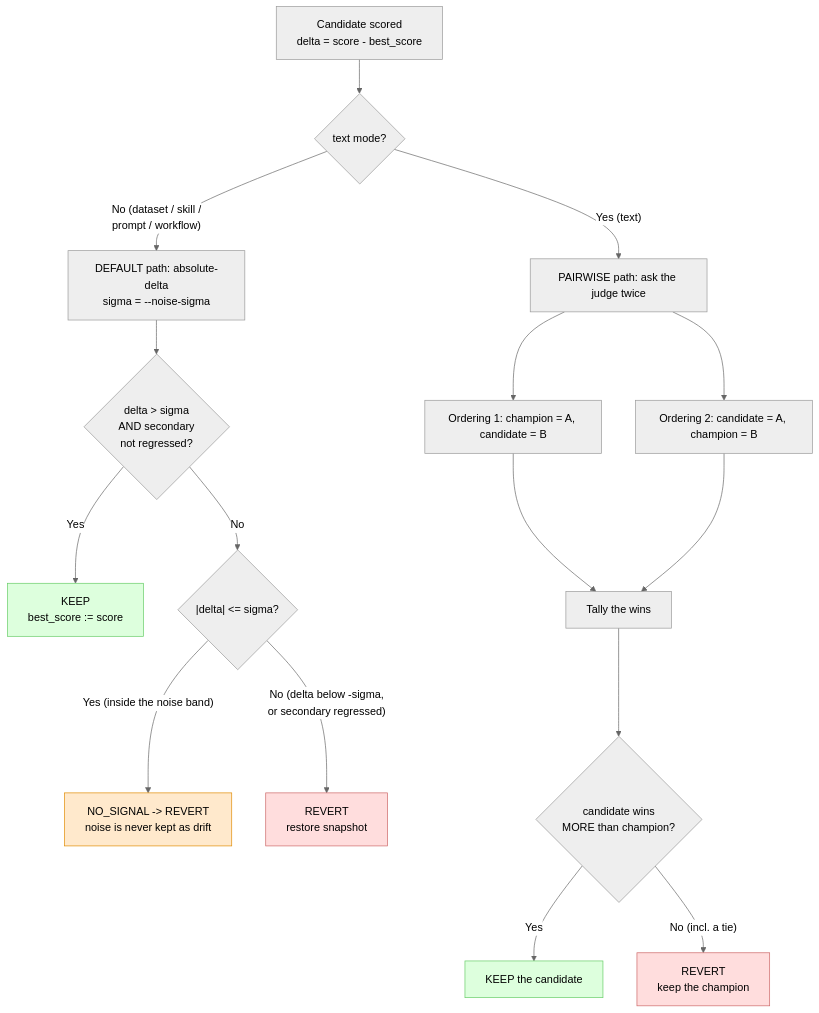
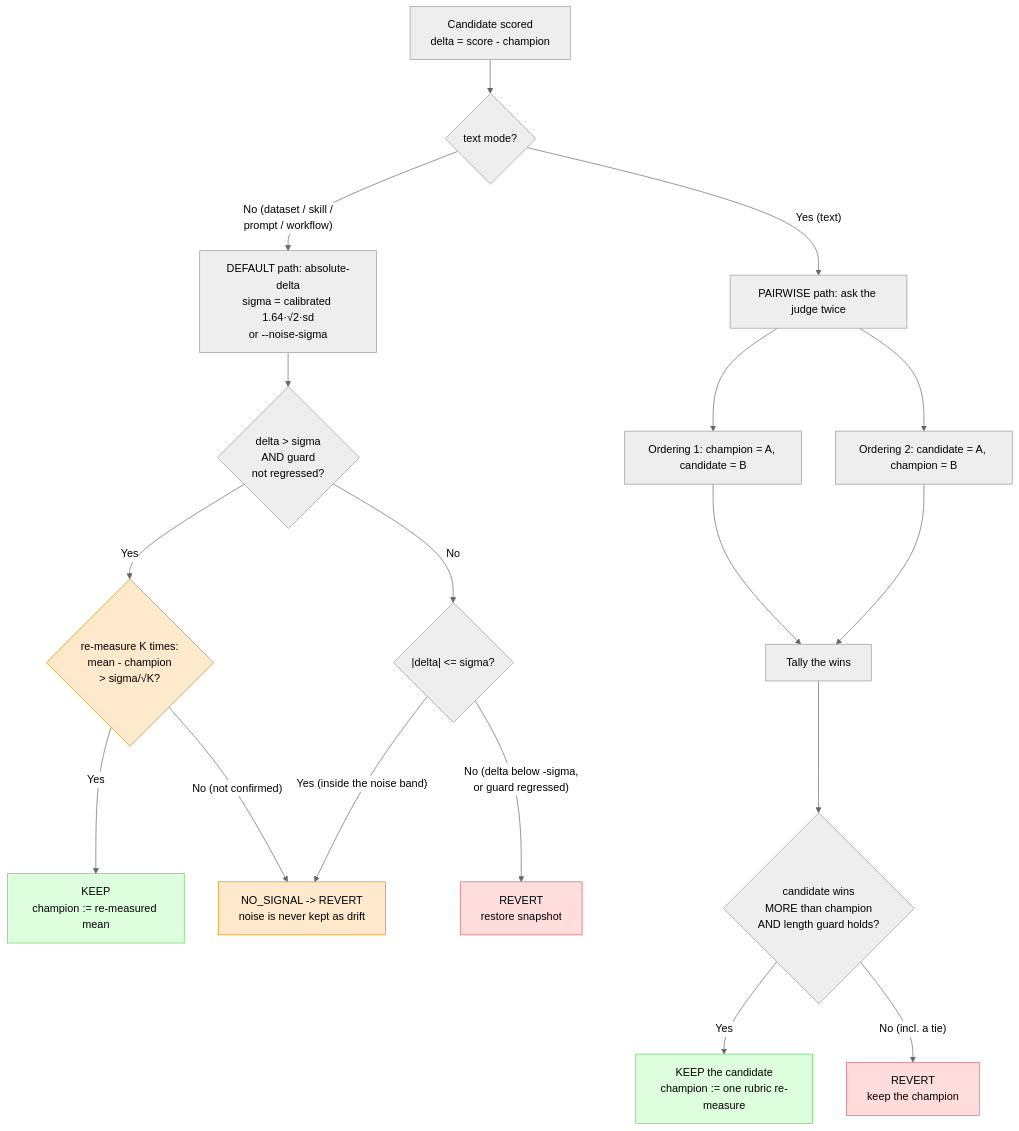
Before and after one commit to MatrixFounder/Universal-skills: the eighth of 12 diagrams in docs/Manuals/skill-auto-improve_manual.md, drawn with Mermaid (neutral theme). The commit also changed other lines of this file and 33 other files, not shown here.

````diff
--- a/docs/Manuals/skill-auto-improve_manual.md
+++ b/docs/Manuals/skill-auto-improve_manual.md
@@ -927,28 +1100,30 @@
 ```mermaid
 %% After the candidate is scored, ONE of these two paths decides its fate.
 flowchart TD
-    START["Candidate scored<br/>delta = score - best_score"] --> MODE{"text mode?"}
+    START["Candidate scored<br/>delta = score - champion"] --> MODE{"text mode?"}
 
-    MODE -- "No (dataset / skill /<br/>prompt / workflow)" --> ABS["DEFAULT path: absolute-delta<br/>sigma = --noise-sigma"]
-    ABS --> D1{"delta > sigma<br/>AND secondary<br/>not regressed?"}
-    D1 -- Yes --> KEEP1["KEEP<br/>best_score := score"]
+    MODE -- "No (dataset / skill /<br/>prompt / workflow)" --> ABS["DEFAULT path: absolute-delta<br/>sigma = calibrated 1.64·√2·sd<br/>or --noise-sigma"]
+    ABS --> D1{"delta > sigma<br/>AND guard<br/>not regressed?"}
+    D1 -- Yes --> RM{"re-measure K times:<br/>mean - champion<br/>> sigma/√K?"}
+    RM -- Yes --> KEEP1["KEEP<br/>champion := re-measured mean"]
+    RM -- "No (not confirmed)" --> NS
     D1 -- No --> D2{"|delta| <= sigma?"}
     D2 -- "Yes (inside the noise band)" --> NS["NO_SIGNAL -> REVERT<br/>noise is never kept as drift"]
-    D2 -- "No (delta below -sigma,<br/>or secondary regressed)" --> REV1["REVERT<br/>restore snapshot"]
+    D2 -- "No (delta below -sigma,<br/>or guard regressed)" --> REV1["REVERT<br/>restore snapshot"]
 
     MODE -- "Yes (text)" --> PW["PAIRWISE path: ask the judge twice"]
     PW --> O1["Ordering 1: champion = A, candidate = B"]
     PW --> O2["Ordering 2: candidate = A, champion = B"]
     O1 --> TALLY["Tally the wins"]
     O2 --> TALLY
-    TALLY --> D3{"candidate wins<br/>MORE than champion?"}
-    D3 -- Yes --> KEEP2["KEEP the candidate"]
+    TALLY --> D3{"candidate wins<br/>MORE than champion<br/>AND length guard holds?"}
+    D3 -- Yes --> KEEP2["KEEP the candidate<br/>champion := one rubric re-measure"]
     D3 -- "No (incl. a tie)" --> REV2["REVERT<br/>keep the champion"]
 
     classDef keep fill:#dfd,stroke:#6c6;
     classDef rev fill:#fdd,stroke:#c66;
     classDef noise fill:#ffe9cc,stroke:#e08a00;
     class KEEP1,KEEP2 keep;
     class REV1,REV2 rev;
-    class NS noise;
+    class NS,RM noise;
 ```
````
